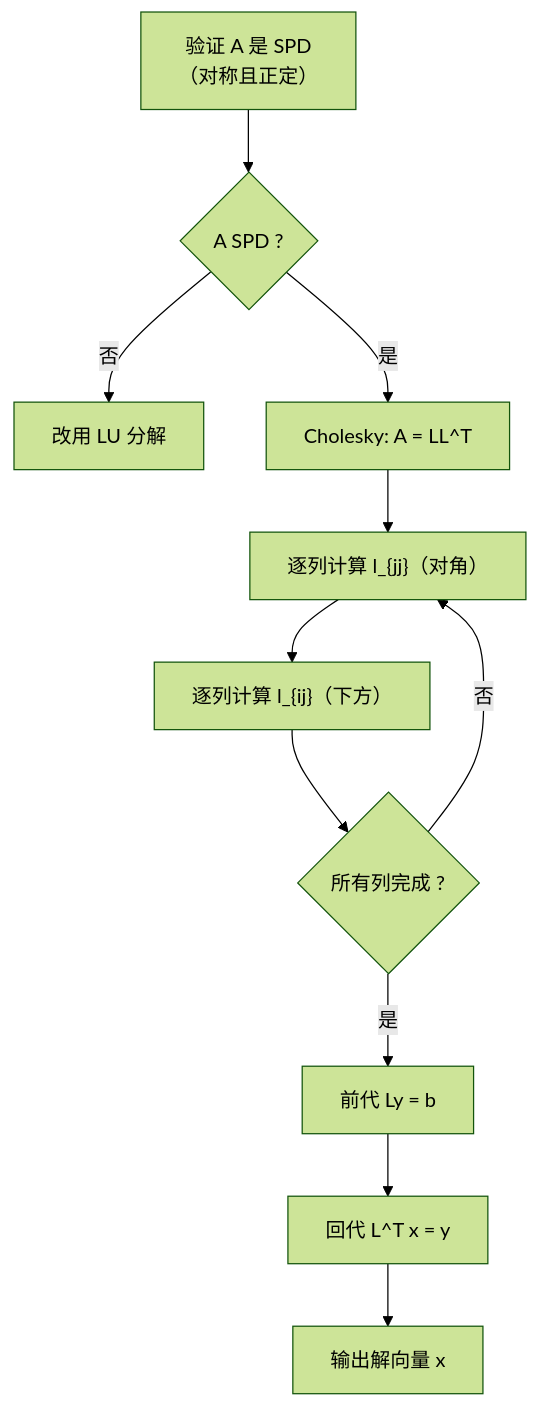
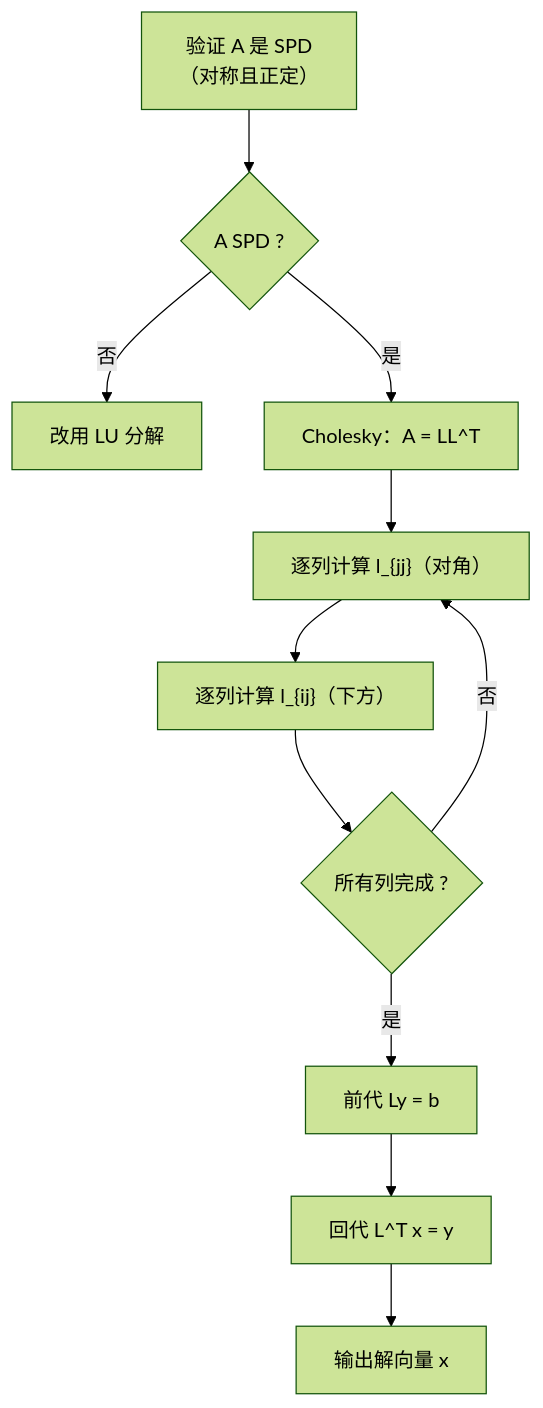
Before and after one commit to JunQianNuo/Nuo-s-knowledge-base: the diagram in 方法/Cholesky分解.md, drawn with Mermaid (forest theme). The commit also changed other lines of this file and 2578 other files, not shown here.

````diff
--- a/方法/Cholesky分解.md
+++ b/方法/Cholesky分解.md
@@ -135,13 +140,13 @@
 ```mermaid
 flowchart TD
     A["验证 A 是 SPD\n（对称且正定）"] --> B{"A SPD ?"}
     B -->|"否"| C["改用 LU 分解"]
-    B -->|"是"| D["Cholesky: A = LL^T"]
+    B -->|"是"| D["Cholesky：A = LL^T"]
     D --> E["逐列计算 l_{jj}（对角）"]
     E --> F["逐列计算 l_{ij}（下方）"]
     F --> G{"所有列完成 ?"}
     G -->|"否"| E
     G -->|"是"| H["前代 Ly = b"]
     H --> I["回代 L^T x = y"]
     I --> J["输出解向量 x"]
 ```
````
